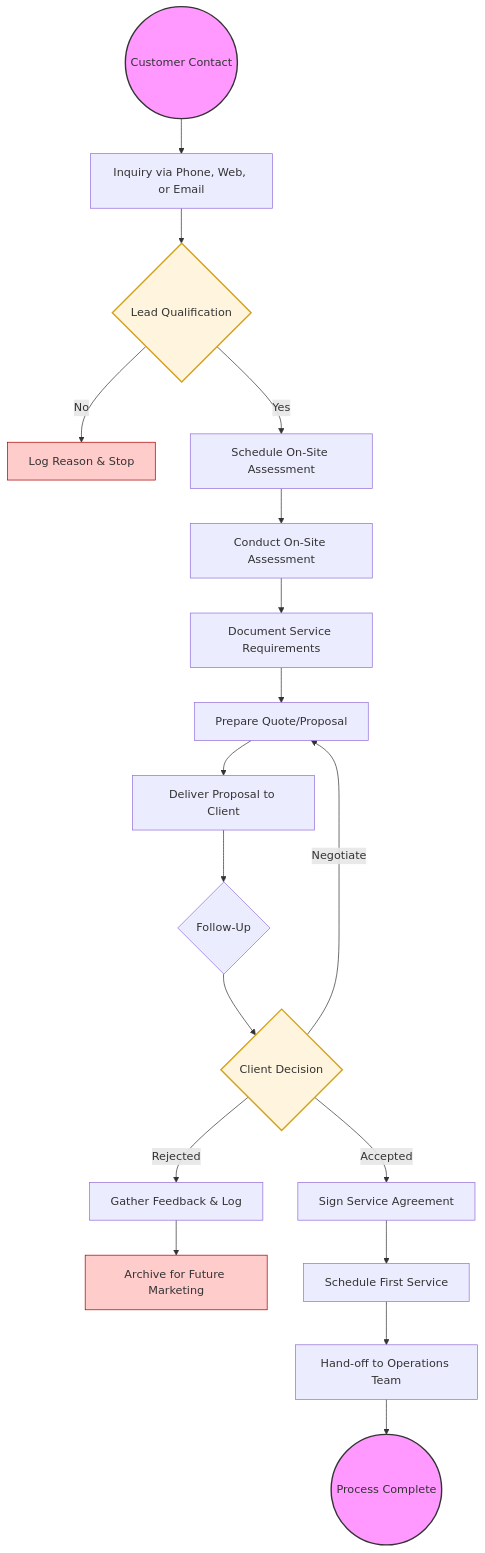
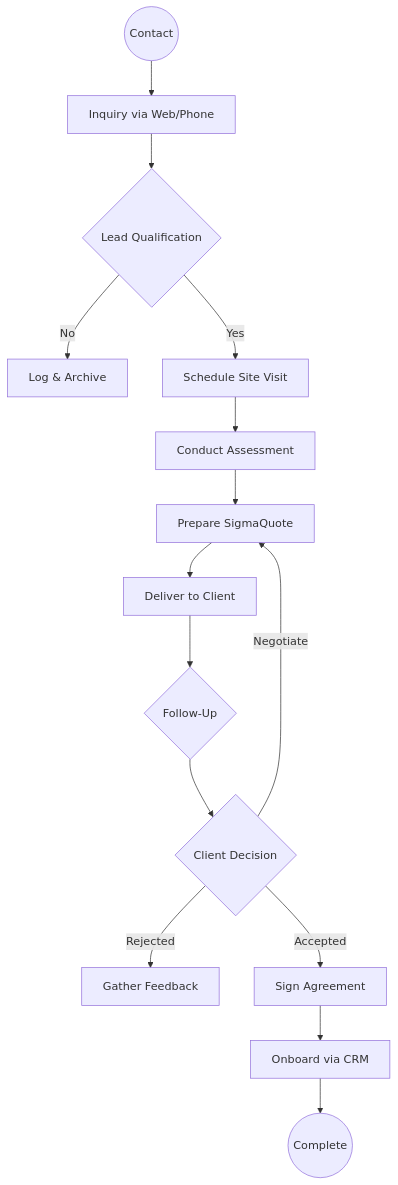
One commit to Humbertoed11/hwb-institutional-website changed the diagram in HWB-COMPANY/HWB-SALES-MARKETING/HWB-QMS-8.0 Sales Process Flowchart.md. Above: the diagram before and after it, drawn with Mermaid. The commit also changed other lines of this file and 236 other files, not shown here.

````diff
--- a/HWB-COMPANY/HWB-SALES-MARKETING/HWB-QMS-8.0 Sales Process Flowchart.md
+++ b/HWB-COMPANY/HWB-SALES-MARKETING/HWB-QMS-8.0 Sales Process Flowchart.md
@@ -28,42 +28,17 @@
 ```mermaid
 graph TD
-    %% Start of Process
-    Start((Customer Contact)) --> Inquiry[Inquiry via Phone, Web, or Email]
-    
-    %% Qualification Phase
+    Start((Contact)) --> Inquiry[Inquiry via Web/Phone]
     Inquiry --> Qualify{Lead Qualification}
-    Qualify -- No --> LogStop[Log Reason & Stop]
-    Qualify -- Yes --> Schedule[Schedule On-Site Assessment]
-    
-    %% Assessment Phase
-    Schedule --> Assessment[Conduct On-Site Assessment]
-    Assessment --> Requirements[Document Service Requirements]
-    
-    %% Proposal Phase
-    Requirements --> Proposal[Prepare Quote/Proposal]
-    Proposal --> Delivery[Deliver Proposal to Client]
-    
-    %% Decision Phase
+    Qualify -- No --> LogStop[Log & Archive]
+    Qualify -- Yes --> Schedule[Schedule Site Visit]
+    Schedule --> Assessment[Conduct Assessment]
+    Assessment --> Proposal[Prepare SigmaQuote]
+    Proposal --> Delivery[Deliver to Client]
     Delivery --> FollowUp{Follow-Up}
     FollowUp --> Decision{Client Decision}
-    
-    Decision -- Rejected --> Feedback[Gather Feedback & Log]
-    Feedback --> Archive[Archive for Future Marketing]
-    
+    Decision -- Rejected --> Feedback[Gather Feedback]
     Decision -- Negotiate --> Proposal
-    
-    Decision -- Accepted --> Agreement[Sign Service Agreement]
-    
-    %% Onboarding Phase
-    Agreement --> Scheduling[Schedule First Service]
-    Scheduling --> Operations[Hand-off to Operations Team]
-    Operations --> Finish((Process Complete))
-
-    %% Styling
-    style Start fill:#f9f,stroke:#333,stroke-width:2px
-    style Finish fill:#f9f,stroke:#333,stroke-width:2px
-    style Qualify fill:#fff4dd,stroke:#d4a017,stroke-width:2px
-    style Decision fill:#fff4dd,stroke:#d4a017,stroke-width:2px
-    style LogStop fill:#ffcccc,stroke:#a00,stroke-width:1px
-    style Archive fill:#ffcccc,stroke:#a00,stroke-width:1px
+    Decision -- Accepted --> Agreement[Sign Agreement]
+    Agreement --> Onboarding[Onboard via CRM]
+    Onboarding --> Finish((Complete))
 ```
````
